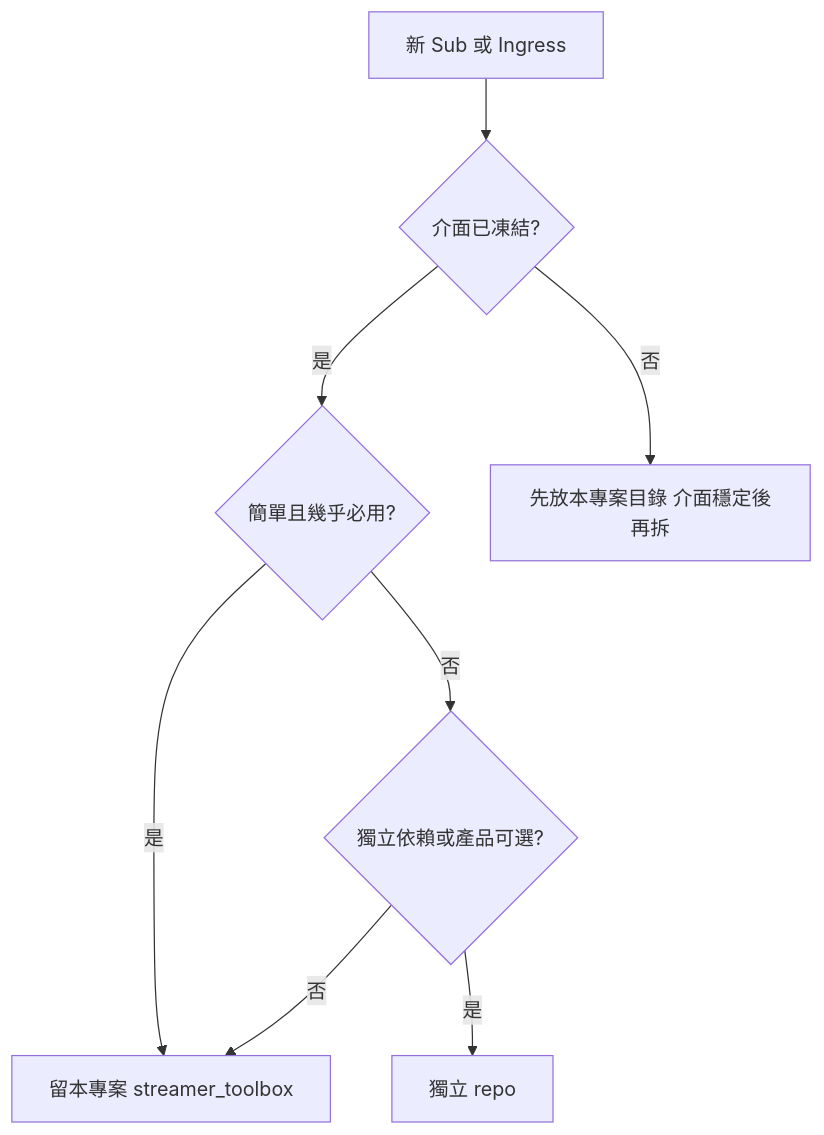
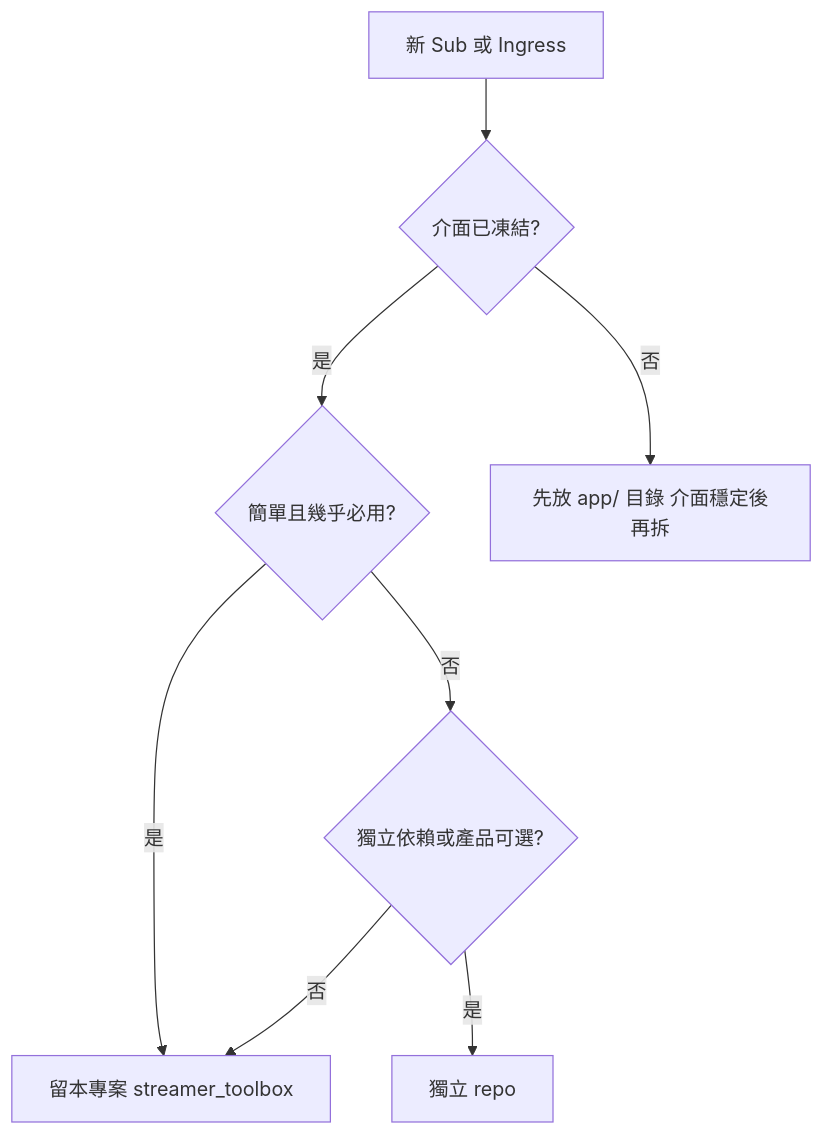
One commit to skymiku39/streamer_toolbox changed the first of 2 diagrams in docs/packages.md. Above: the diagram before and after it, drawn with Mermaid. The commit also changed other lines of this file and 7 other files, not shown here.

````diff
--- a/docs/packages.md
+++ b/docs/packages.md
@@ -38,18 +49,18 @@
 ```mermaid
 flowchart TD
     Start[新 Sub 或 Ingress]
     Q1{介面已凍結?}
     Q2{簡單且幾乎必用?}
     Q3{獨立依賴或產品可選?}
     Main[留本專案 streamer_toolbox]
     Split[獨立 repo]
-    Wait[先放本專案目錄 介面穩定後再拆]
+    Wait[先放 app/ 目錄 介面穩定後再拆]
 
     Start --> Q1
     Q1 -->|否| Wait
     Q1 -->|是| Q2
     Q2 -->|是| Main
     Q2 -->|否| Q3
     Q3 -->|是| Split
     Q3 -->|否| Main
 ```
````
